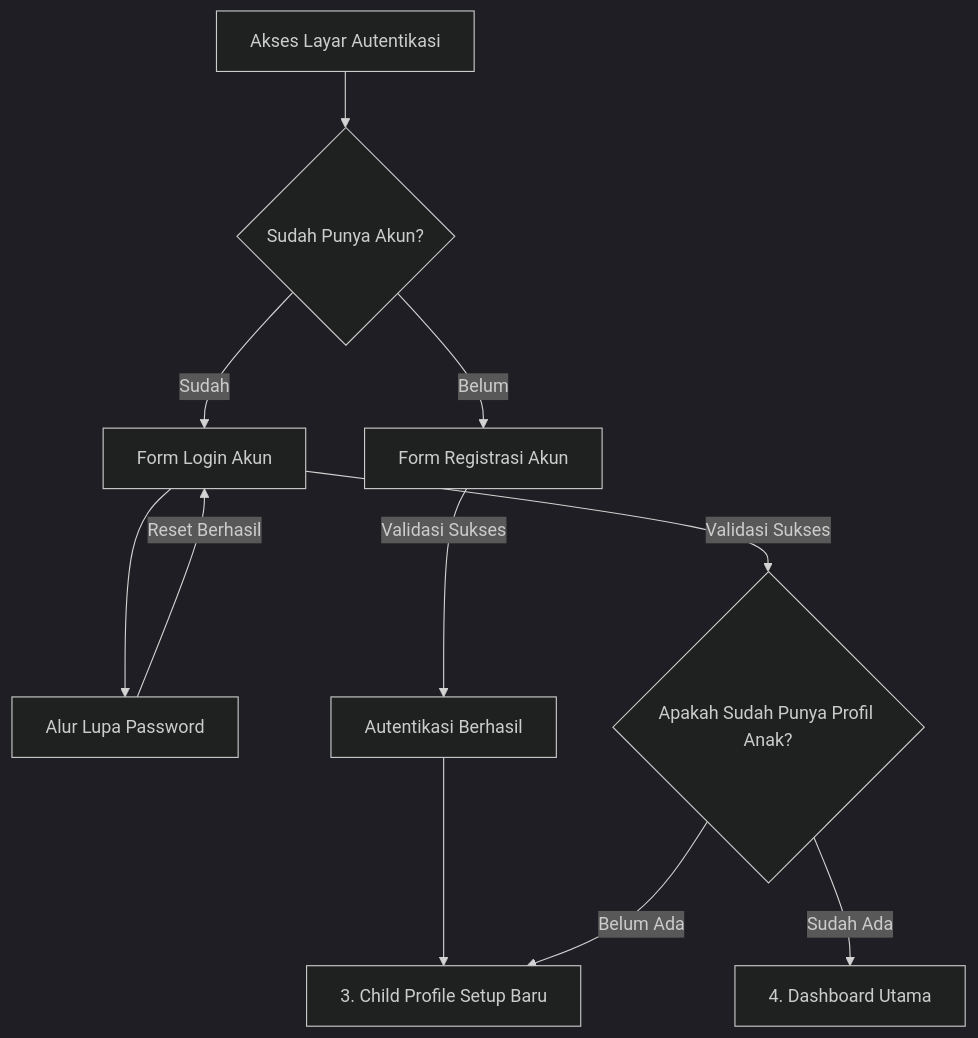
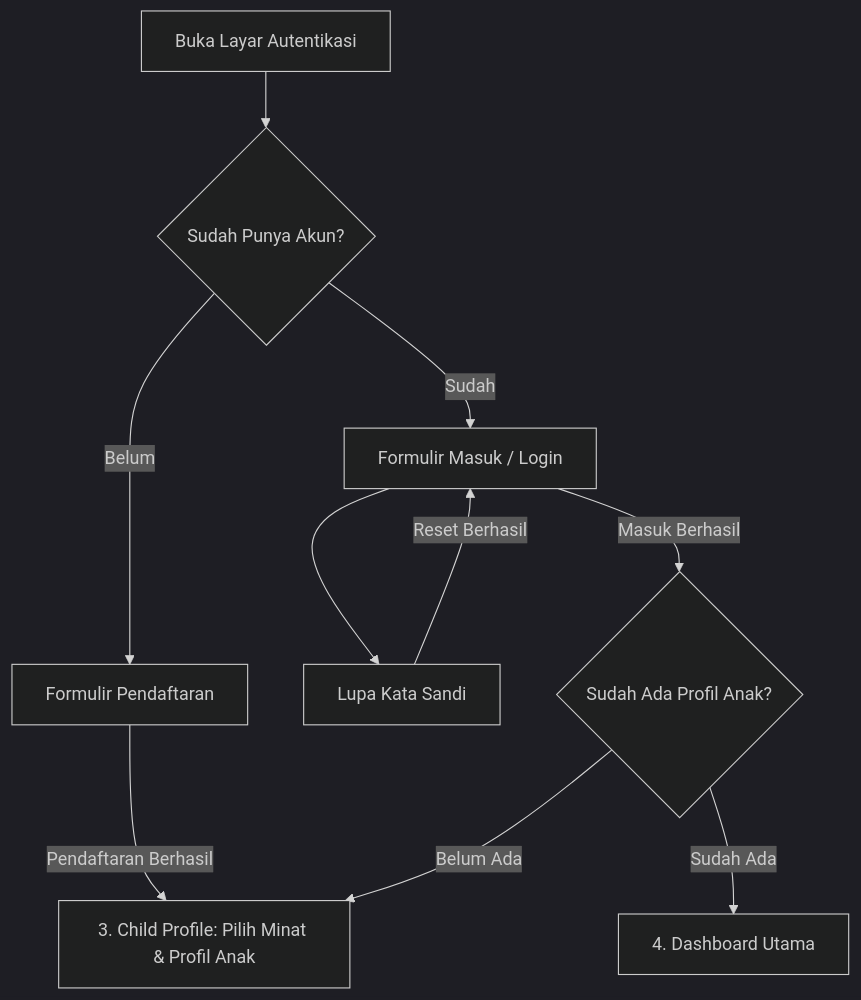
One commit to nabathnm/prd-celoteh changed the diagram in 2. Authentication.md. Above: the diagram before and after it, drawn with Mermaid (dark theme). The commit also changed other lines of this file and 6 other files, not shown here.

````diff
--- a/2. Authentication.md
+++ b/2. Authentication.md
@@ -31,17 +29,16 @@
 ```mermaid
 flowchart TD
-    Start[Akses Layar Autentikasi] --> Choice{Sudah Punya Akun?}
+    Start[Buka Layar Autentikasi] --> Choice{Sudah Punya Akun?}
     
-    Choice -->|Belum| Register[Form Registrasi Akun]
-    Choice -->|Sudah| Login[Form Login Akun]
+    Choice -->|Belum| Register[Formulir Pendaftaran]
+    Choice -->|Sudah| Login[Formulir Masuk / Login]
     
-    Login --> ForgotPassword[Alur Lupa Password]
+    Login --> ForgotPassword[Lupa Kata Sandi]
     ForgotPassword -->|Reset Berhasil| Login
     
-    Register -->|Validasi Sukses| AuthSuccess[Autentikasi Berhasil]
-    Login -->|Validasi Sukses| CheckProfile{Apakah Sudah Punya Profil Anak?}
+    Register -->|Pendaftaran Berhasil| ChildProfile[3. Child Profile: Pilih Minat & Profil Anak]
+    Login -->|Masuk Berhasil| CheckData{Sudah Ada Profil Anak?}
     
-    AuthSuccess --> ChildProfile[3. Child Profile Setup Baru]
-    CheckProfile -->|Belum Ada| ChildProfile
-    CheckProfile -->|Sudah Ada| Dashboard[4. Dashboard Utama]
+    CheckData -->|Belum Ada| ChildProfile
+    CheckData -->|Sudah Ada| Dashboard[4. Dashboard Utama]
 ```
````
